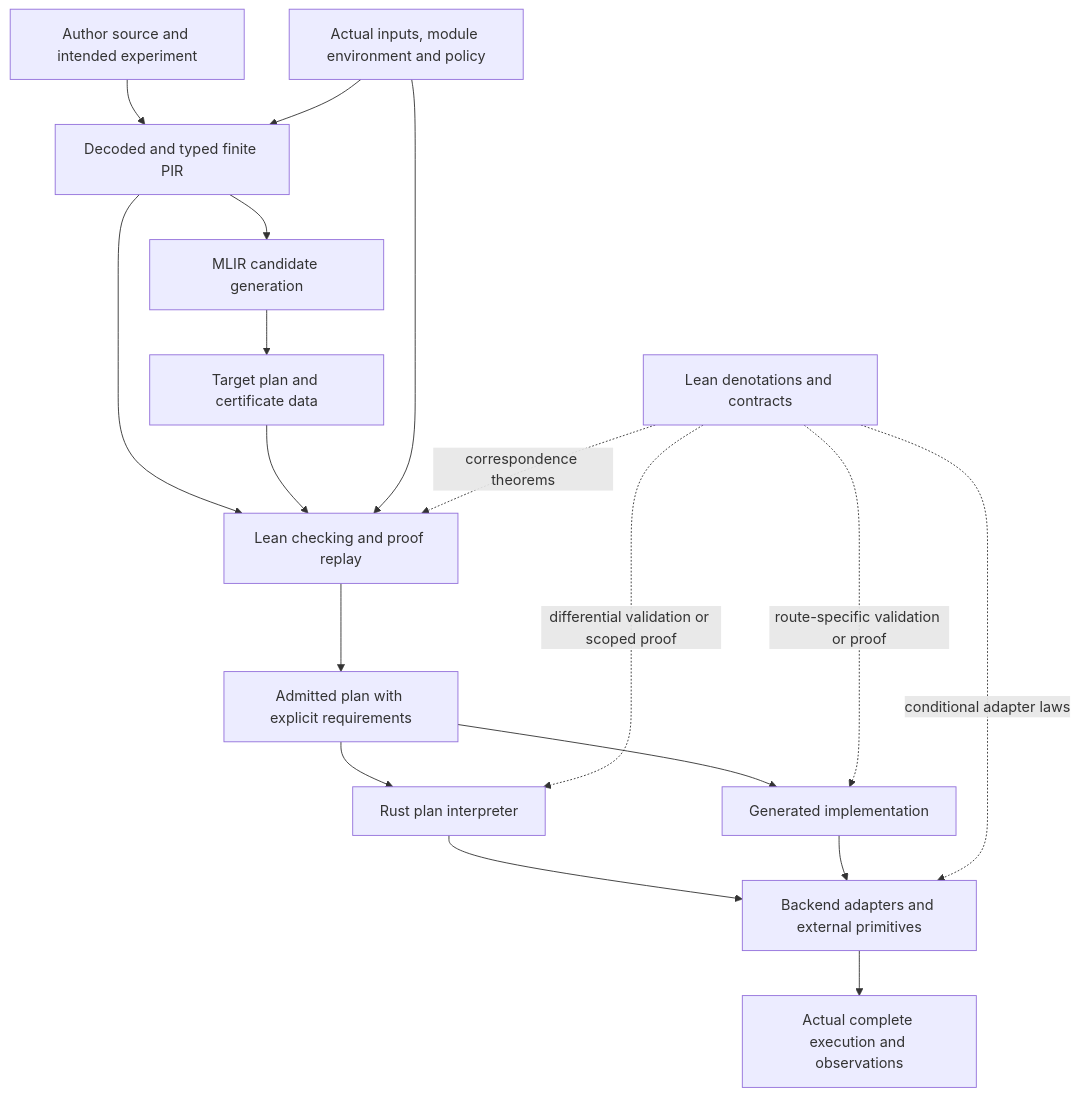
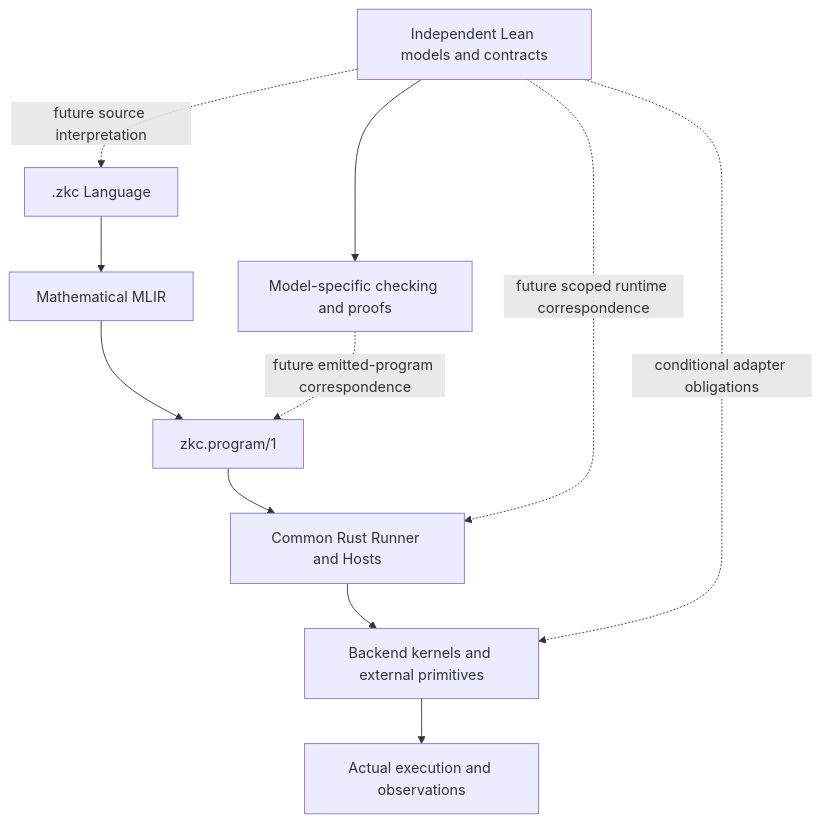
One commit to zkcompiler/zkc changed the diagram in formal/design/verification-map.md. Above: the diagram before and after it, drawn with Mermaid. The commit also changed other lines of this file and 1457 other files, not shown here.

Commit message:
refactor: retire legacy execution and consolidate the native model

````diff
--- a/formal/design/verification-map.md
+++ b/formal/design/verification-map.md
@@ -40,20 +36,13 @@
 ```mermaid
 flowchart TD
-  U[Author source and intended experiment] --> P[Decoded and typed finite PIR]
-  E[Actual inputs, module environment and policy] --> P
-  P --> M[MLIR candidate generation]
-  M --> C[Target plan and certificate data]
-  P --> K[Lean checking and proof replay]
-  C --> K
-  E --> K
-  K --> A[Admitted plan with explicit requirements]
-  A --> R[Rust plan interpreter]
-  A --> G[Generated implementation]
-  R --> B[Backend adapters and external primitives]
-  G --> B
-  B --> X[Actual complete execution and observations]
-  L[Lean denotations and contracts] -. correspondence theorems .-> K
-  L -. differential validation or scoped proof .-> R
-  L -. route-specific validation or proof .-> G
-  L -. conditional adapter laws .-> B
+  U[.zkc Language] --> M[Mathematical MLIR]
+  M --> C[zkc.program/1]
+  C --> R[Common Rust Runner and Hosts]
+  R --> B[Backend kernels and external primitives]
+  B --> X[Actual execution and observations]
+  L[Independent Lean models and contracts] --> K[Model-specific checking and proofs]
+  L -. future source interpretation .-> U
+  K -. future emitted-program correspondence .-> C
+  L -. future scoped runtime correspondence .-> R
+  L -. conditional adapter obligations .-> B
 ```
````
